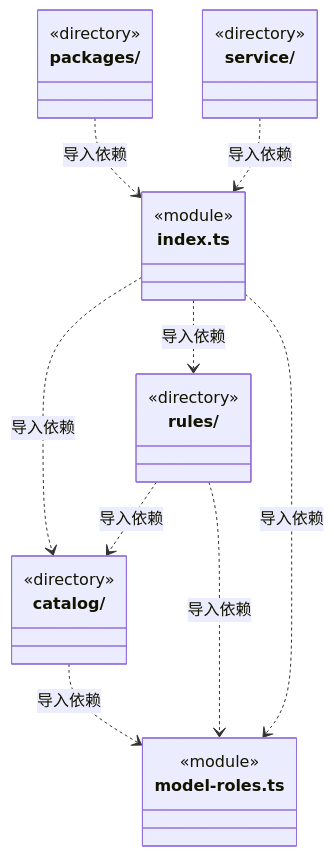
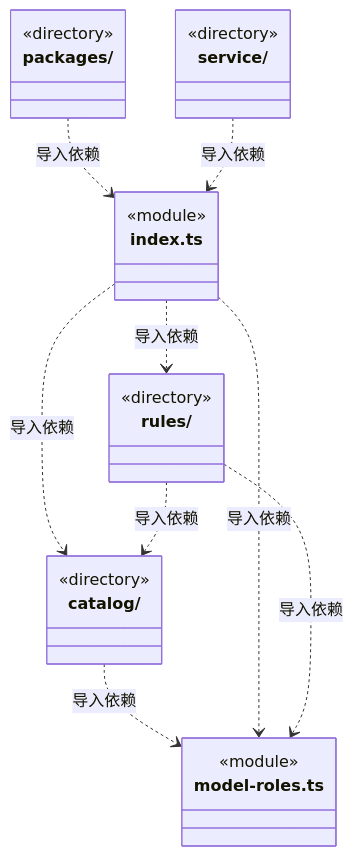
One commit to nan023062/cbim changed the first of 7 diagrams in src/logic/engines/ARCHITECTURE.md. Above: the diagram before and after it, drawn with Mermaid. The commit also changed other lines of this file and 112 other files, not shown here.

Commit message:
docs: align source architecture with current declarations and contracts

````diff
--- a/src/logic/engines/ARCHITECTURE.md
+++ b/src/logic/engines/ARCHITECTURE.md
@@ -94,29 +94,29 @@
 ```mermaid
 classDiagram
 class N_src_logic_engines_catalog["catalog/"] {
   <<directory>>
 }
 class N_src_logic_engines_packages["packages/"] {
   <<directory>>
 }
 class N_src_logic_engines_rules["rules/"] {
   <<directory>>
 }
 class N_src_logic_engines_service["service/"] {
   <<directory>>
 }
 class N_src_logic_engines_index_ts["index.ts"] {
   <<module>>
 }
 class N_src_logic_engines_model_roles_ts["model-roles.ts"] {
   <<module>>
 }
 N_src_logic_engines_catalog ..> N_src_logic_engines_model_roles_ts : 导入依赖
 N_src_logic_engines_index_ts ..> N_src_logic_engines_catalog : 导入依赖
+N_src_logic_engines_index_ts ..> N_src_logic_engines_model_roles_ts : 导入依赖
 N_src_logic_engines_index_ts ..> N_src_logic_engines_rules : 导入依赖
-N_src_logic_engines_index_ts ..> N_src_logic_engines_model_roles_ts : 导入依赖
 N_src_logic_engines_packages ..> N_src_logic_engines_index_ts : 导入依赖
 N_src_logic_engines_rules ..> N_src_logic_engines_catalog : 导入依赖
 N_src_logic_engines_rules ..> N_src_logic_engines_model_roles_ts : 导入依赖
 N_src_logic_engines_service ..> N_src_logic_engines_index_ts : 导入依赖
 ```
````
